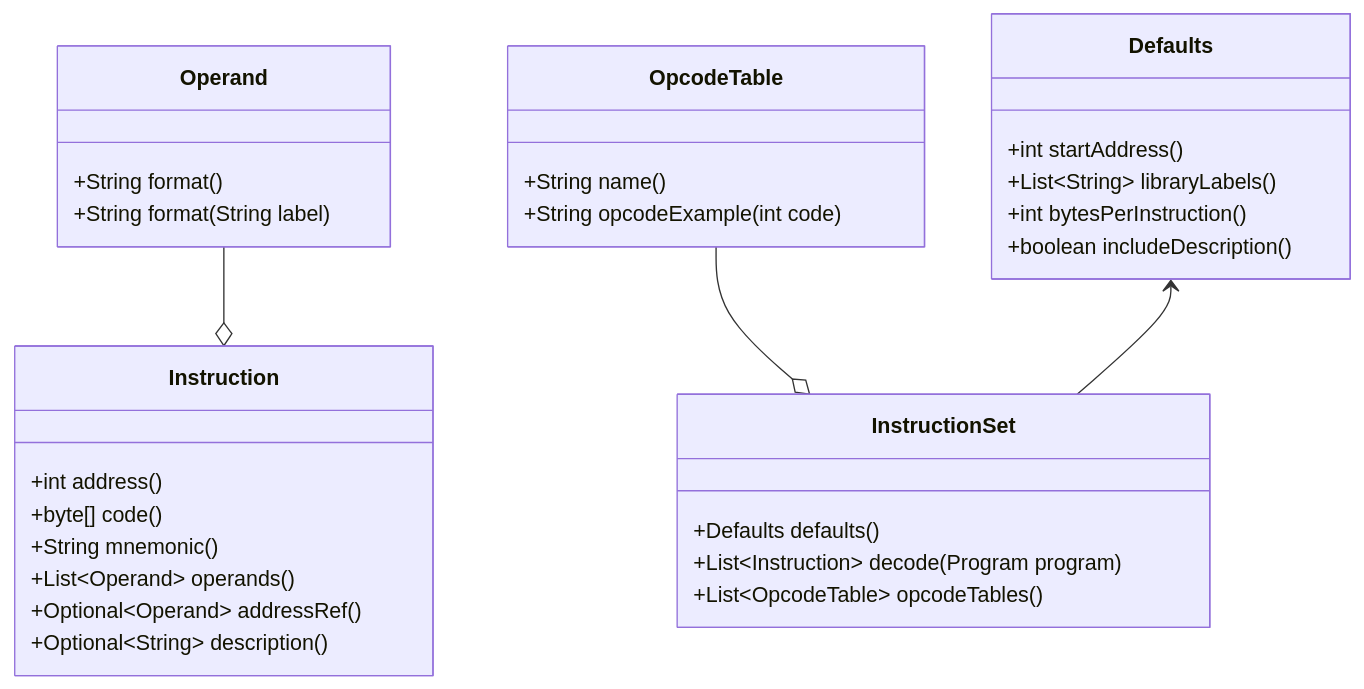
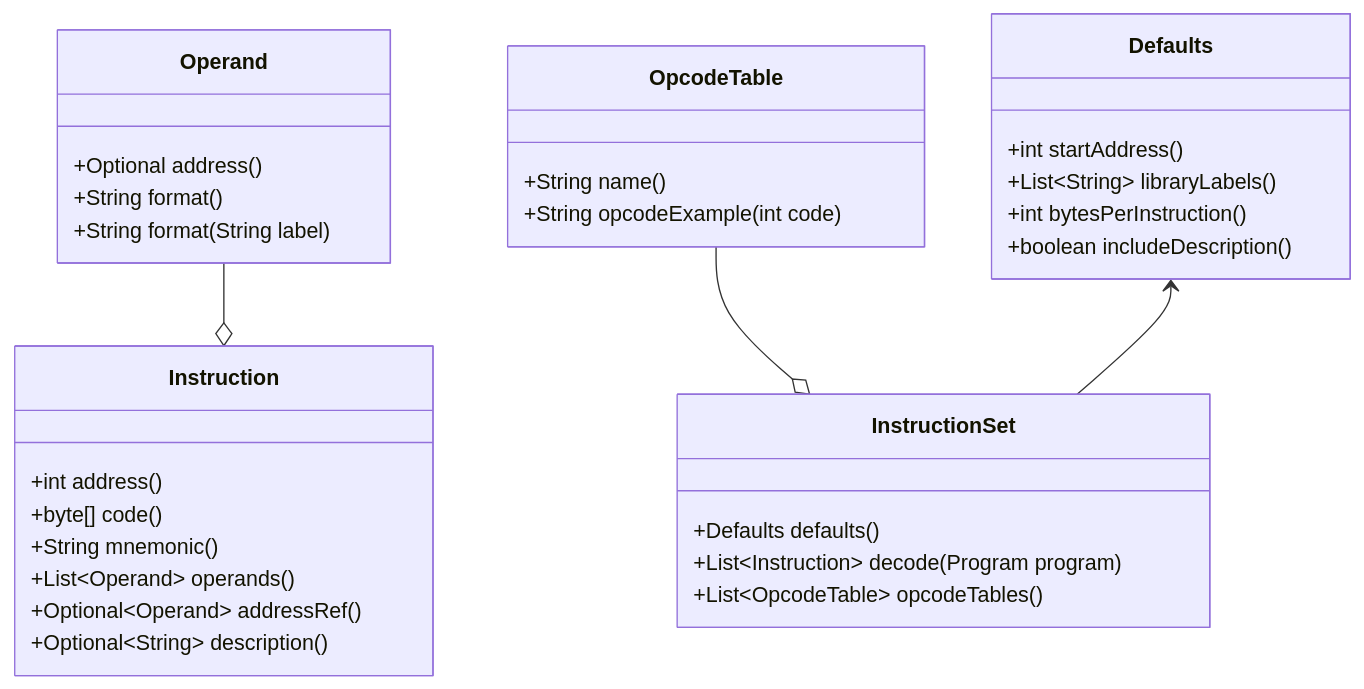
The diagram in docs/API.md (AppleCommander/acdasm), drawn with Mermaid before and after one commit. The commit also changed other lines of this file, not shown here.

````diff
--- a/docs/API.md
+++ b/docs/API.md
@@ -69,33 +75,34 @@
 ```mermaid
 classDiagram
     Operand --o Instruction
     OpcodeTable --o InstructionSet
     Defaults <-- InstructionSet
     class Instruction{
         +int address()
         +byte[] code()
         +String mnemonic()
         +List~Operand~ operands()
         +Optional~Operand~ addressRef()
         +Optional~String~ description()
     }
     class Operand {
+        +Optional<Integer> address()
         +String format()
         +String format(String label)
     }
     class InstructionSet {
         +Defaults defaults()
         +List~Instruction~ decode(Program program)
         +List~OpcodeTable~ opcodeTables()
     }
     class OpcodeTable {
         +String name()
         +String opcodeExample(int code)
     }
     class Defaults {
         +int startAddress()
         +List~String~ libraryLabels()
         +int bytesPerInstruction()
         +boolean includeDescription()
     }
 ```
````
